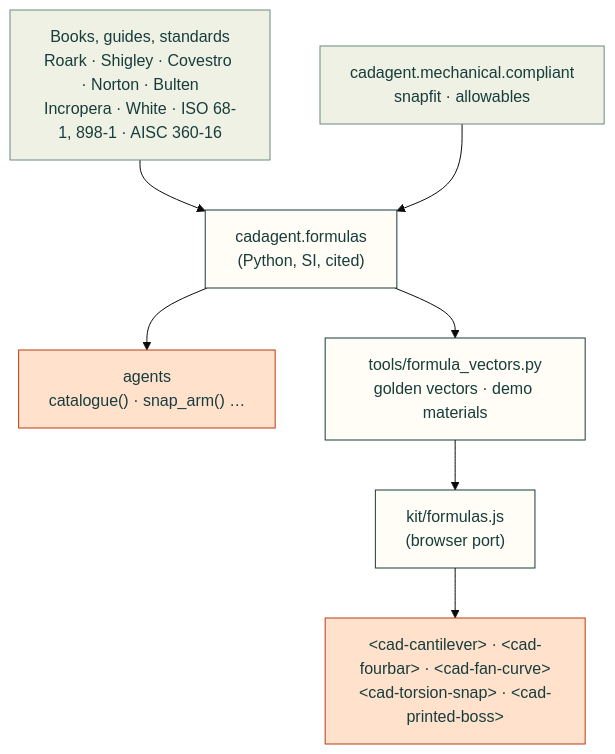
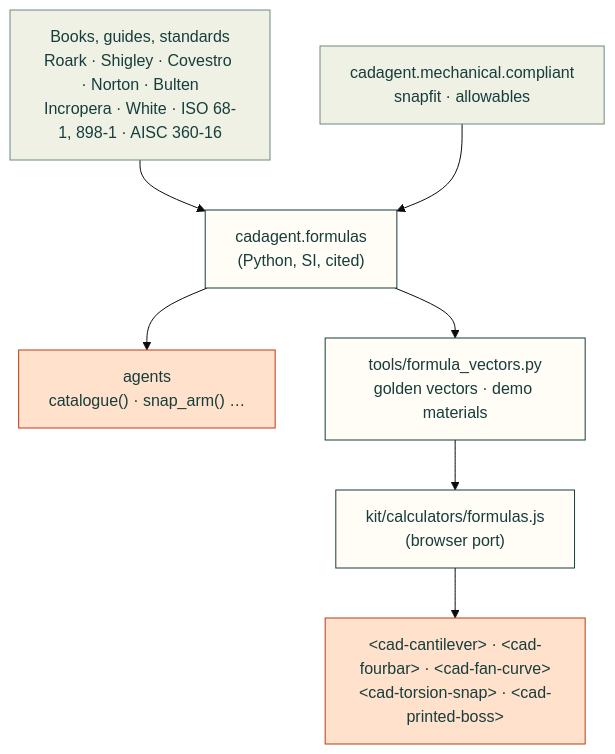
One commit to Valpatel/cad-agent changed the first of 2 diagrams in docs/formulas.md. Above: the diagram before and after it, drawn with Mermaid (base theme). The commit also changed other lines of this file and 150 other files, not shown here.

````diff
--- a/docs/formulas.md
+++ b/docs/formulas.md
@@ -97,15 +97,15 @@
 ```mermaid
 flowchart TD
     S["Books, guides, standards<br/>Roark · Shigley · Covestro · Norton · Bulten<br/>Incropera · White · ISO 68-1, 898-1 · AISC 360-16"] --> P["cadagent.formulas<br/>(Python, SI, cited)"]
     C["cadagent.mechanical.compliant<br/>snapfit · allowables"] --> P
     P --> A["agents<br/>catalogue() · snap_arm() …"]
     P --> V["tools/formula_vectors.py<br/>golden vectors · demo materials"]
-    V --> J["kit/formulas.js<br/>(browser port)"]
+    V --> J["kit/calculators/formulas.js<br/>(browser port)"]
     J --> D["&lt;cad-cantilever&gt; · &lt;cad-fourbar&gt; · &lt;cad-fan-curve&gt;<br/>&lt;cad-torsion-snap&gt; · &lt;cad-printed-boss&gt;"]
     classDef here fill:#fffdf5,stroke:#173d3c,color:#173d3c
     classDef near fill:#eef1e4,stroke:#6f8a80,color:#173d3c
     classDef out fill:#ffe1cc,stroke:#bd3a12,color:#173d3c
     class P,V,J here
     class S,C near
     class A,D out
 ```
````
